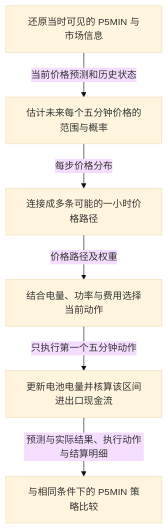
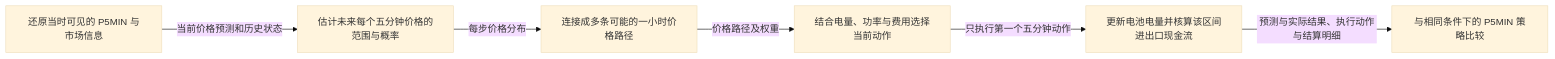
The first of 4 diagrams in docs/plan/NSW1_第一阶段_一小时残差概率预测与储能随机滚动优化技术方案_重写版.md (sundllyq/australia_algorithm_oversea), drawn with Mermaid (base theme) before and after one commit. The commit also changed other lines of this file and 9 other files, not shown here.

Commit message:
docs: add planning diagrams, refine decision timeline labels, and update technical writing standards

````diff
--- a/docs/plan/NSW1_第一阶段_一小时残差概率预测与储能随机滚动优化技术方案_重写版.md
+++ b/docs/plan/NSW1_第一阶段_一小时残差概率预测与储能随机滚动优化技术方案_重写版.md
@@ -42,8 +42,8 @@
 ```mermaid
-flowchart TD
+flowchart LR
     A["还原当时可见的 P5MIN 与市场信息"] -->|"当前价格预测和历史状态"| B["估计未来每个五分钟价格的范围与概率"]
     B -->|"每步价格分布"| C["连接成多条可能的一小时价格路径"]
     C -->|"价格路径及权重"| D["结合电量、功率与费用选择当前动作"]
     D -->|"只执行第一个五分钟动作"| E["更新电池电量并核算该区间进出口现金流"]
     E -->|"预测与实际结果、执行动作与结算明细"| F["与相同条件下的 P5MIN 策略比较"]
 ```
````
